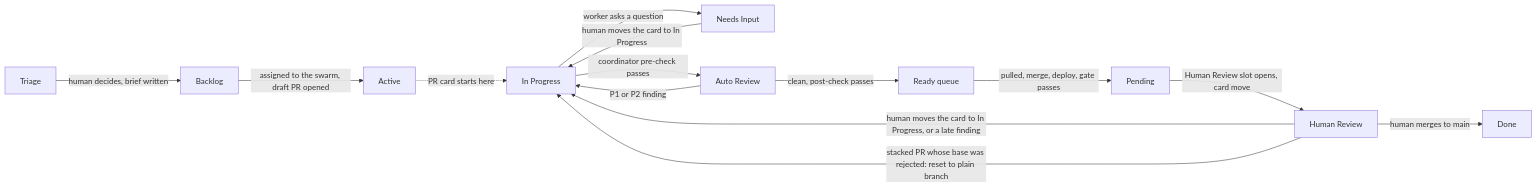
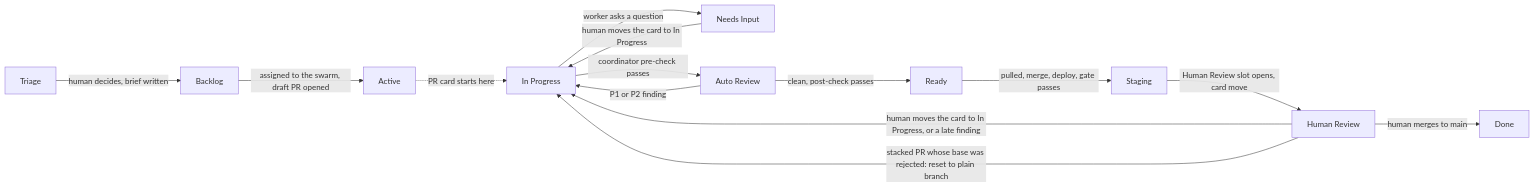
Before and after one commit to tangentcode/methodology: the diagram in workflow.md, drawn with Mermaid. The commit also changed other lines of this file and 11 other files, not shown here.

First line of the commit message:
Rename the Pending buffer to Staging and add the Ready column

````diff
--- a/workflow.md
+++ b/workflow.md
@@ -65,16 +68,16 @@
 ```mermaid
 flowchart LR
     T[Triage] -->|human decides, brief written| B[Backlog]
     B -->|assigned to the swarm, draft PR opened| AC[Active]
     AC -.->|PR card starts here| IP[In Progress]
     IP -->|worker asks a question| NI[Needs Input]
     NI -->|human moves the card to In Progress| IP
     IP -->|coordinator pre-check passes| AR[Auto Review]
     AR -->|P1 or P2 finding| IP
-    AR -->|clean, post-check passes| R[Ready queue]
-    R -->|pulled, merge, deploy, gate passes| P[Pending]
+    AR -->|clean, post-check passes| R[Ready]
+    R -->|pulled, merge, deploy, gate passes| P[Staging]
     P -->|Human Review slot opens, card move| HR[Human Review]
     HR -->|human moves the card to In Progress, or a late finding| IP
     HR -->|stacked PR whose base was rejected: reset to plain branch| IP
     HR -->|human merges to main| D[Done]
 ```
````
